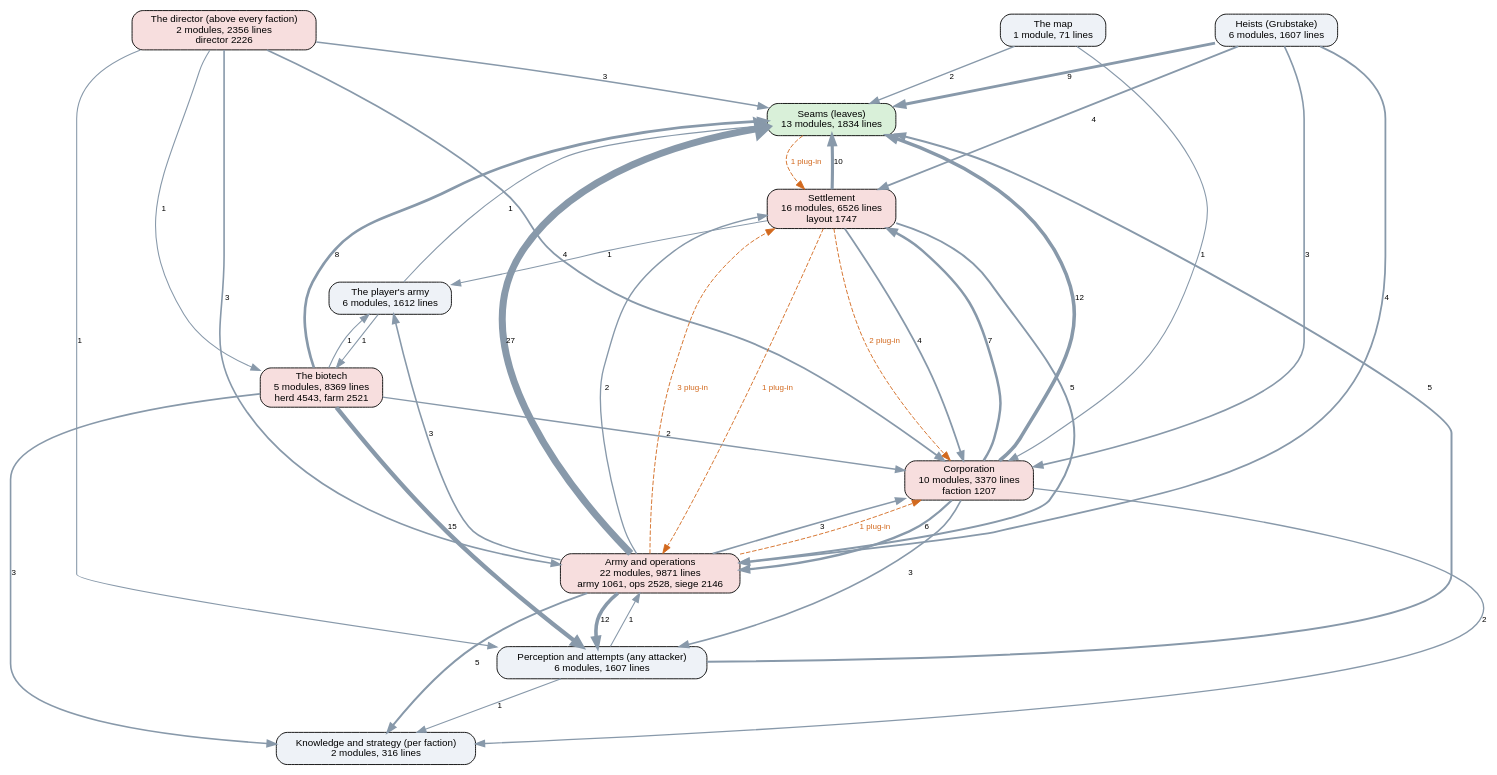
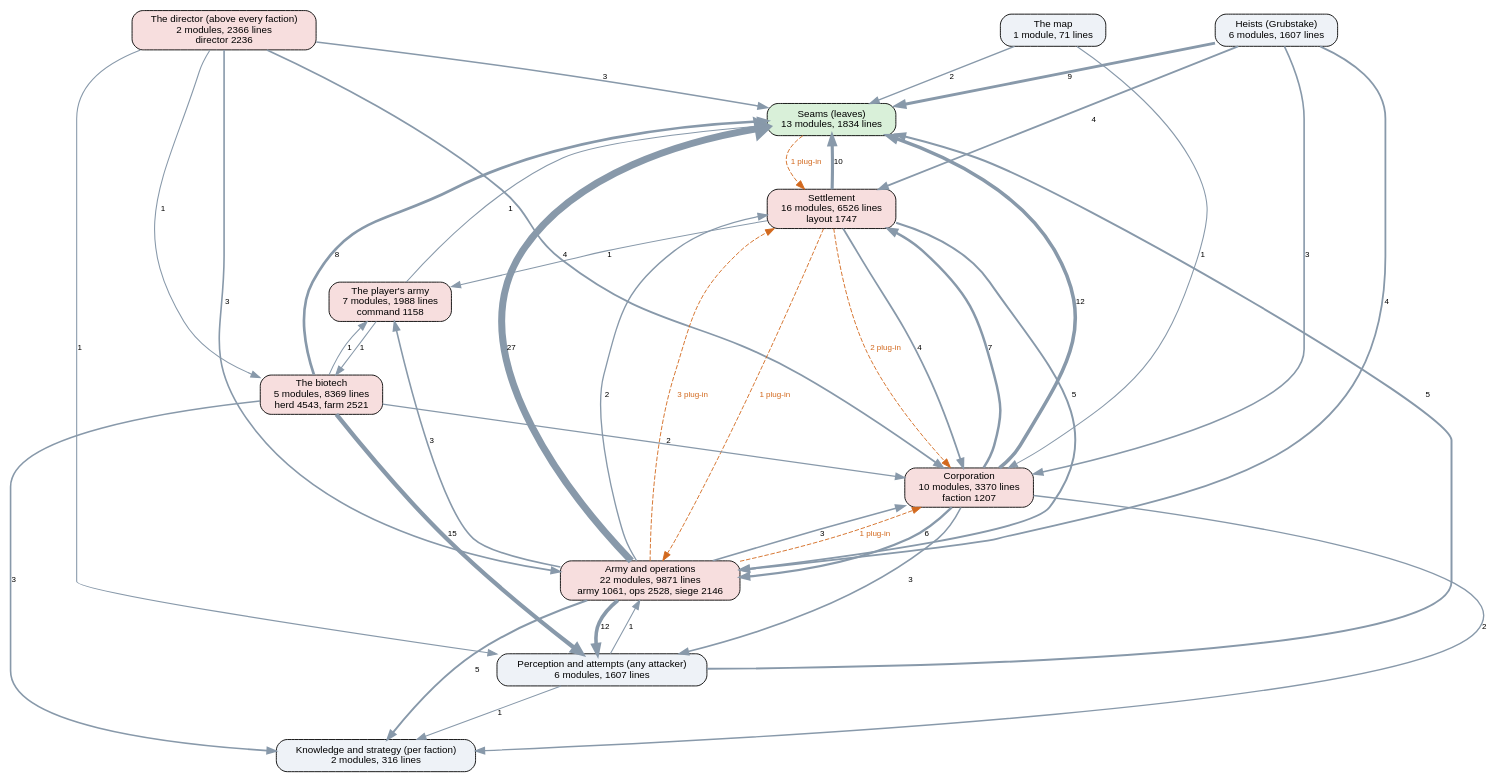
One commit to kinelhu/landing-party changed the diagram in docs/ai-layers.dot. Above: the diagram before and after it, drawn with Graphviz. The commit also changed 22 other files, not shown here.

```diff
--- a/docs/ai-layers.dot
+++ b/docs/ai-layers.dot
@@ -1,57 +1,57 @@
 digraph layers {
   graph [rankdir=TB, fontname="Helvetica", nodesep=0.5, ranksep=0.7];
   node [shape=box, style="rounded,filled", fontname="Helvetica", fontsize=11, fillcolor="#eef2f7"];
   edge [color="#8899aa", fontname="Helvetica", fontsize=9];
   "Seams (leaves)" [label="Seams (leaves)\n13 modules, 1834 lines", fillcolor="#d9f0d9"];
   "Perception and attempts (any attacker)" [label="Perception and attempts (any attacker)\n6 modules, 1607 lines", fillcolor="#eef2f7"];
   "Knowledge and strategy (per faction)" [label="Knowledge and strategy (per faction)\n2 modules, 316 lines", fillcolor="#eef2f7"];
-  "The director (above every faction)" [label="The director (above every faction)\n2 modules, 2356 lines\ndirector 2226", fillcolor="#f7dede"];
+  "The director (above every faction)" [label="The director (above every faction)\n2 modules, 2366 lines\ndirector 2236", fillcolor="#f7dede"];
   "Corporation" [label="Corporation\n10 modules, 3370 lines\nfaction 1207", fillcolor="#f7dede"];
   "Settlement" [label="Settlement\n16 modules, 6526 lines\nlayout 1747", fillcolor="#f7dede"];
   "Army and operations" [label="Army and operations\n22 modules, 9871 lines\narmy 1061, ops 2528, siege 2146", fillcolor="#f7dede"];
   "Heists (Grubstake)" [label="Heists (Grubstake)\n6 modules, 1607 lines", fillcolor="#eef2f7"];
   "The biotech" [label="The biotech\n5 modules, 8369 lines\nherd 4543, farm 2521", fillcolor="#f7dede"];
   "The map" [label="The map\n1 module, 71 lines", fillcolor="#eef2f7"];
-  "The player's army" [label="The player's army\n6 modules, 1612 lines", fillcolor="#eef2f7"];
+  "The player's army" [label="The player's army\n7 modules, 1988 lines\ncommand 1158", fillcolor="#f7dede"];
   "Army and operations" -> "Corporation" [label="3", penwidth=1.8];
   "Army and operations" -> "Knowledge and strategy (per faction)" [label="5", penwidth=2.2];
   "Army and operations" -> "Perception and attempts (any attacker)" [label="12", penwidth=4.0];
   "Army and operations" -> "Seams (leaves)" [label="27", penwidth=7.8];
   "Army and operations" -> "Settlement" [label="2", penwidth=1.5];
   "Army and operations" -> "The player's army" [label="3", penwidth=1.8];
   "Corporation" -> "Army and operations" [label="6", penwidth=2.5];
   "Corporation" -> "Knowledge and strategy (per faction)" [label="2", penwidth=1.5];
   "Corporation" -> "Perception and attempts (any attacker)" [label="3", penwidth=1.8];
   "Corporation" -> "Seams (leaves)" [label="12", penwidth=4.0];
   "Corporation" -> "Settlement" [label="7", penwidth=2.8];
   "Heists (Grubstake)" -> "Army and operations" [label="4", penwidth=2.0];
   "Heists (Grubstake)" -> "Corporation" [label="3", penwidth=1.8];
   "Heists (Grubstake)" -> "Seams (leaves)" [label="9", penwidth=3.2];
   "Heists (Grubstake)" -> "Settlement" [label="4", penwidth=2.0];
   "Perception and attempts (any attacker)" -> "Army and operations" [label="1", penwidth=1.2];
   "Perception and attempts (any attacker)" -> "Knowledge and strategy (per faction)" [label="1", penwidth=1.2];
   "Perception and attempts (any attacker)" -> "Seams (leaves)" [label="5", penwidth=2.2];
   "Settlement" -> "Army and operations" [label="5", penwidth=2.2];
   "Settlement" -> "Corporation" [label="4", penwidth=2.0];
   "Settlement" -> "Seams (leaves)" [label="10", penwidth=3.5];
   "Settlement" -> "The player's army" [label="1", penwidth=1.2];
   "The biotech" -> "Corporation" [label="2", penwidth=1.5];
   "The biotech" -> "Knowledge and strategy (per faction)" [label="3", penwidth=1.8];
   "The biotech" -> "Perception and attempts (any attacker)" [label="15", penwidth=4.8];
   "The biotech" -> "Seams (leaves)" [label="8", penwidth=3.0];
   "The biotech" -> "The player's army" [label="1", penwidth=1.2];
   "The director (above every faction)" -> "Army and operations" [label="3", penwidth=1.8];
   "The director (above every faction)" -> "Corporation" [label="4", penwidth=2.0];
   "The director (above every faction)" -> "Perception and attempts (any attacker)" [label="1", penwidth=1.2];
   "The director (above every faction)" -> "Seams (leaves)" [label="3", penwidth=1.8];
   "The director (above every faction)" -> "The biotech" [label="1", penwidth=1.2];
   "The map" -> "Corporation" [label="1", penwidth=1.2];
   "The map" -> "Seams (leaves)" [label="2", penwidth=1.5];
   "The player's army" -> "Seams (leaves)" [label="1", penwidth=1.2];
   "The player's army" -> "The biotech" [label="1", penwidth=1.2];
   "Army and operations" -> "Corporation" [style=dashed, color="#d2691e", fontcolor="#d2691e", label="1 plug-in"];
   "Army and operations" -> "Settlement" [style=dashed, color="#d2691e", fontcolor="#d2691e", label="3 plug-in"];
   "Seams (leaves)" -> "Settlement" [style=dashed, color="#d2691e", fontcolor="#d2691e", label="1 plug-in"];
   "Settlement" -> "Army and operations" [style=dashed, color="#d2691e", fontcolor="#d2691e", label="1 plug-in"];
   "Settlement" -> "Corporation" [style=dashed, color="#d2691e", fontcolor="#d2691e", label="2 plug-in"];
 }
```
